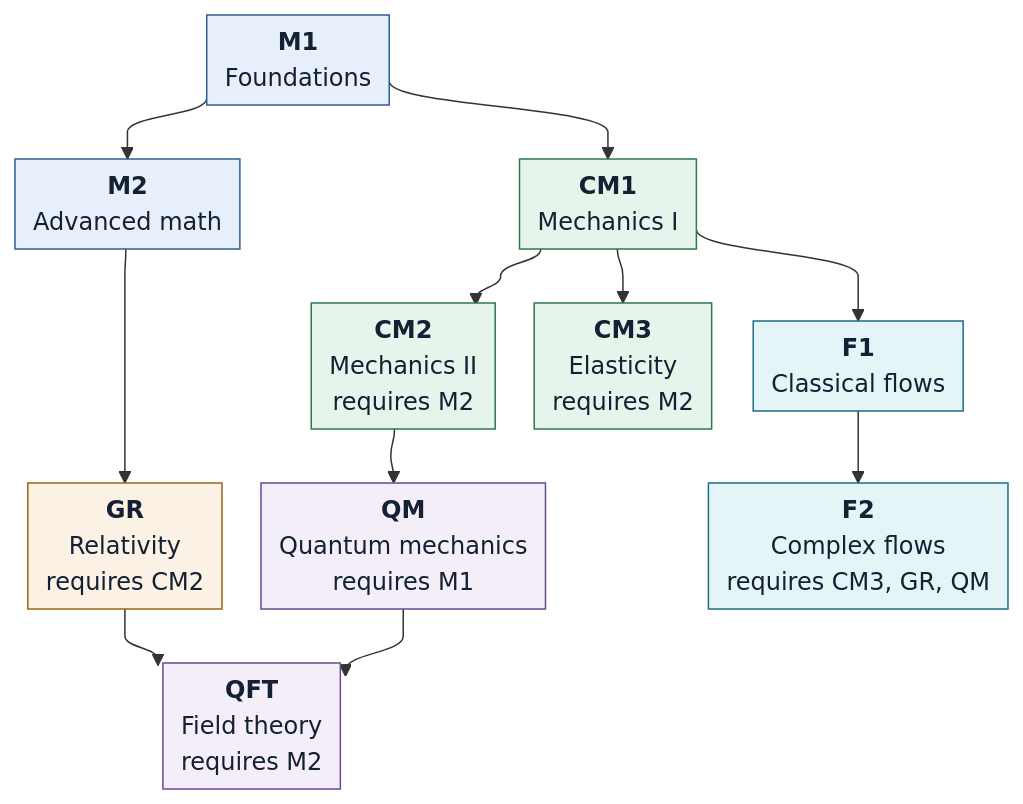
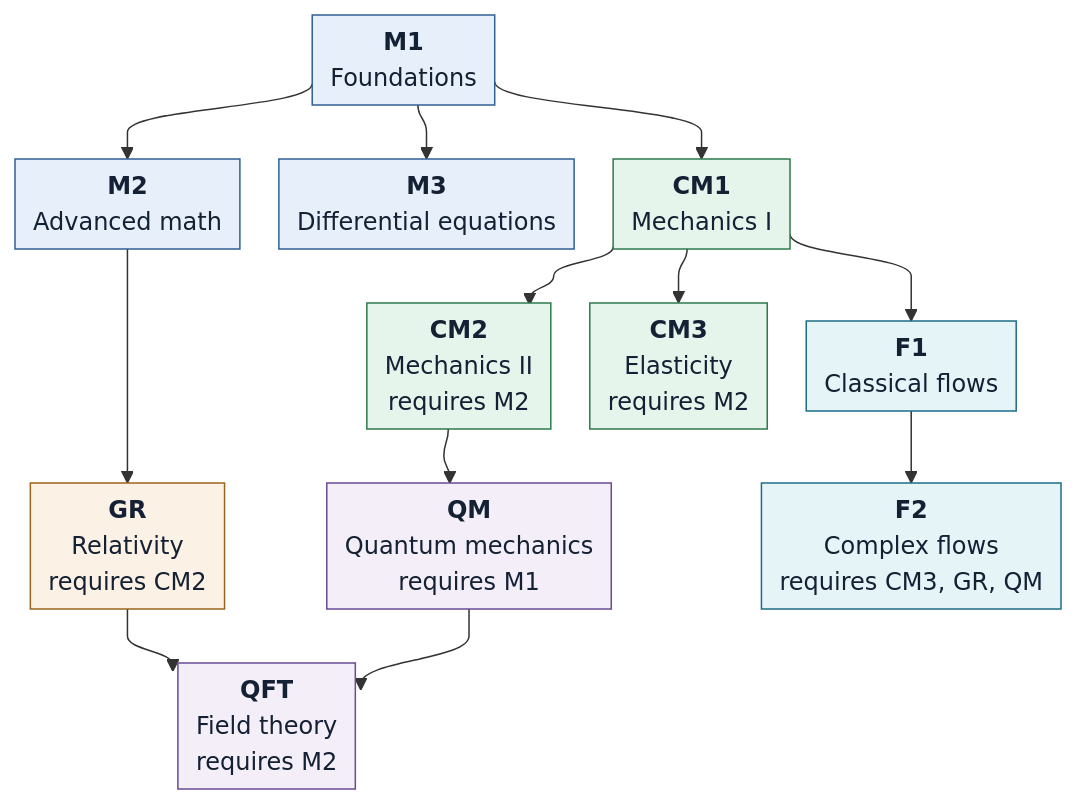
One commit to atorret/Apunts changed the diagram in ROADMAP.md. Above: the diagram before and after it, drawn with Mermaid. The commit also changed other lines of this file and 41 other files, not shown here.

Commit message:
Update documentation to reflect the addition of M3: Differential Equations, including adjustments to chapter organization, cross-references, and migration ledger. Enhance dependency diagrams and clarify document relationships across the eleven-document series.

````diff
--- a/ROADMAP.md
+++ b/ROADMAP.md
@@ -75,39 +76,41 @@
 ```mermaid
 %%{init: {"flowchart": {"curve": "bumpY", "nodeSpacing": 26, "rankSpacing": 36, "padding": 6, "htmlLabels": true}}}%%
 flowchart TB
   M1["<b>M1</b><br/>Foundations"]
   M2["<b>M2</b><br/>Advanced math"]
+  M3["<b>M3</b><br/>Differential equations"]
   CM1["<b>CM1</b><br/>Mechanics I"]
   CM2["<b>CM2</b><br/>Mechanics II<br/>requires M2"]
   CM3["<b>CM3</b><br/>Elasticity<br/>requires M2"]
   F1["<b>F1</b><br/>Classical flows"]
   GR["<b>GR</b><br/>Relativity<br/>requires CM2"]
   QM["<b>QM</b><br/>Quantum mechanics<br/>requires M1"]
   QFT["<b>QFT</b><br/>Field theory<br/>requires M2"]
   F2["<b>F2</b><br/>Complex flows<br/>requires CM3, GR, QM"]
 
   M1 --> M2
+  M1 --> M3
   M1 --> CM1
   M2 --> GR
   CM1 --> CM2
   CM1 --> CM3
   CM1 --> F1
   CM2 --> QM
   QM --> QFT
   GR --> QFT
   F1 --> F2
 
   M2 ~~~ CM2
   CM2 ~~~ GR
 
   classDef math fill:#e7f0fa,stroke:#2f5f93,color:#142033
   classDef mech fill:#e6f5ec,stroke:#2c7a4b,color:#142033
   classDef fluid fill:#e5f4f7,stroke:#1d6d86,color:#142033
   classDef quant fill:#f3eef8,stroke:#694a96,color:#142033
   classDef grav fill:#fbf1e4,stroke:#9a641c,color:#142033
-  class M1,M2 math
+  class M1,M2,M3 math
   class CM1,CM2,CM3 mech
   class F1,F2 fluid
   class QM,QFT quant
   class GR grav
 ```
````
